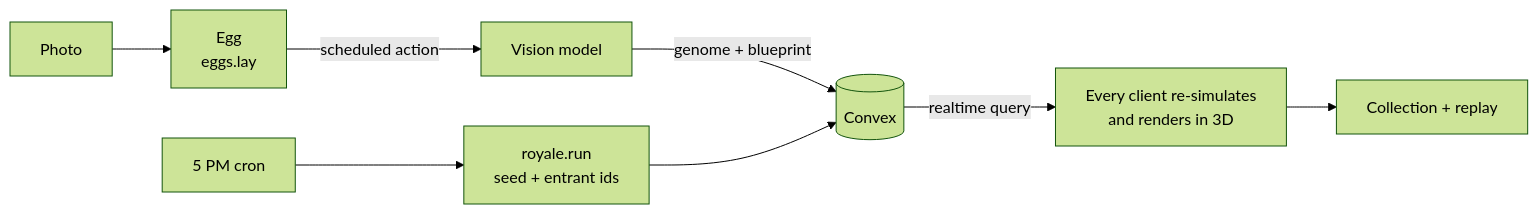
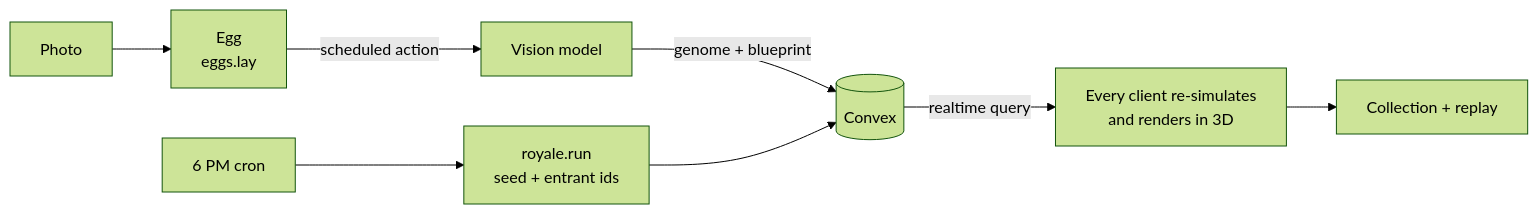
The diagram in README.md (aydamdonelly/monster-arena), drawn with Mermaid (forest theme) before and after one commit. The commit also changed other lines of this file and 16 other files, not shown here.

````diff
--- a/README.md
+++ b/README.md
@@ -28,10 +28,10 @@
 ```mermaid
 flowchart LR
   P[Photo] --> E[Egg<br/>eggs.lay]
   E -->|scheduled action| V[Vision model]
   V -->|genome + blueprint| DB[(Convex)]
-  C[5 PM cron] --> R[royale.run<br/>seed + entrant ids]
+  C[6 PM cron] --> R[royale.run<br/>seed + entrant ids]
   R --> DB
   DB -->|realtime query| A[Every client re-simulates<br/>and renders in 3D]
   A --> Col[Collection + replay]
 ```
````
